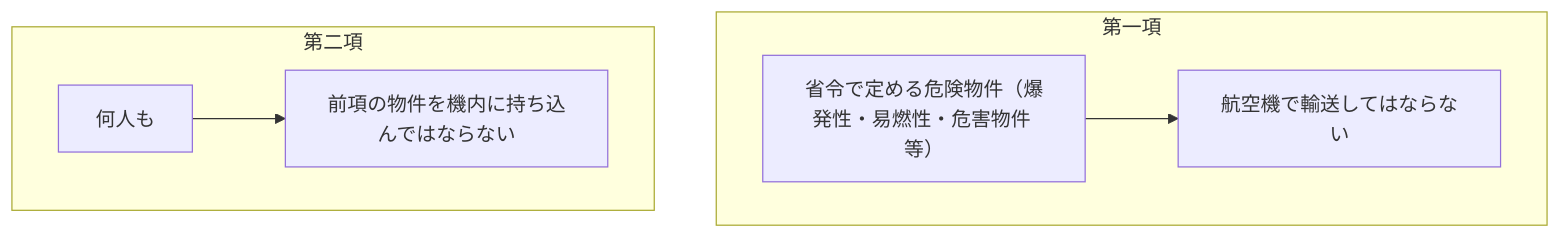
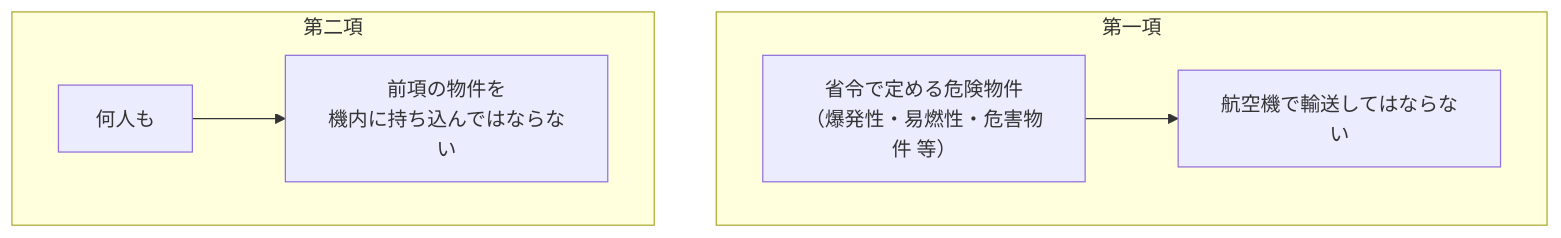
Diagram 19 of 30 in chapters/06_第六章.md (yonemotoBB/pil), drawn with Mermaid before and after one commit. The commit also changed other lines of this file, not shown here.

````diff
--- a/chapters/06_第六章.md
+++ b/chapters/06_第六章.md
@@ -1093,9 +1093,9 @@
 ```mermaid
 flowchart TD
     subgraph 第一項
-        a["省令で定める危険物件（爆発性・易燃性・危害物件 等）"] --> ng1["航空機で輸送してはならない"]
+        a["省令で定める危険物件<br>（爆発性・易燃性・危害物件 等）"] --> ng1["航空機で輸送してはならない"]
     end
     subgraph 第二項
-        b["何人も"] --> ng2["前項の物件を機内に持ち込んではならない"]
+        b["何人も"] --> ng2["前項の物件を<br>機内に持ち込んではならない"]
     end
 ```
````
